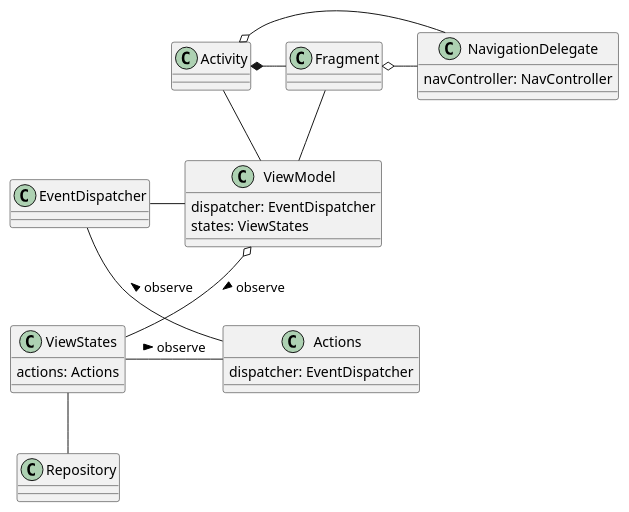
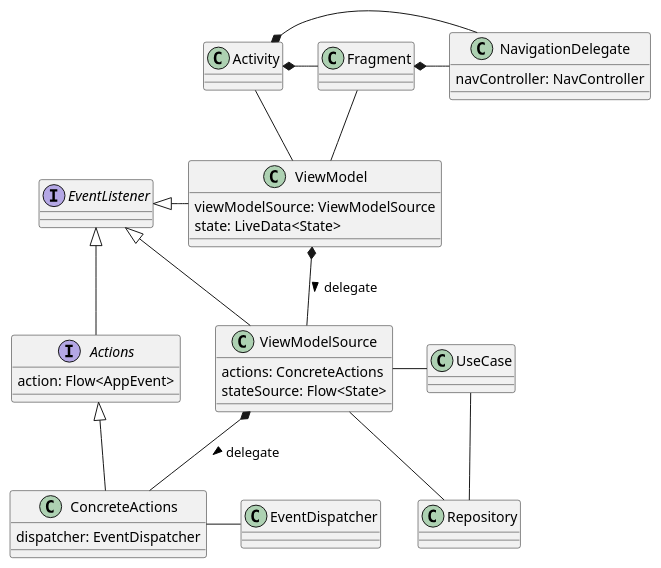
One commit to akihito104/UdonRoad2 changed the diagram in docs/class_overview.puml. Above: the diagram before and after it, drawn with PlantUML.

Commit message:
updated class overview diagram

```diff
--- a/docs/class_overview.puml
+++ b/docs/class_overview.puml
@@ -1,36 +1,47 @@
 @startuml
 
 class Activity
 class Fragment
 class ViewModel {
-  dispatcher: EventDispatcher
-  states: ViewStates
+  viewModelSource: ViewModelSource
+  state: LiveData<State>
 }
 
-class EventDispatcher 
-class Actions {
+class EventDispatcher
+interface EventListener
+interface Actions {
+  action: Flow<AppEvent>
+}
+class ConcreteActions {
   dispatcher: EventDispatcher
 }
-class ViewStates {
-  actions: Actions
+class ViewModelSource {
+  actions: ConcreteActions
+  stateSource: Flow<State>
 }
 class NavigationDelegate {
   navController: NavController
 }
 
 Activity *- Fragment
 Activity -- ViewModel
-Activity o- NavigationDelegate
+Activity *- NavigationDelegate
 
 Fragment -- ViewModel
-Fragment o- NavigationDelegate
+Fragment *- NavigationDelegate
 
-EventDispatcher - ViewModel
-EventDispatcher -- Actions : < observe
+ViewModel *-- ViewModelSource : > delegate
 
-ViewModel o-- ViewStates : > observe
+EventListener <|- ViewModel
+EventListener <|-- Actions
+EventListener <|-- ViewModelSource
 
-ViewStates - Actions : > observe
-'ViewStates *-- NavigationDelegate
-ViewStates -- Repository
+Actions <|-- ConcreteActions
+ConcreteActions - EventDispatcher
+
+ViewModelSource *- ConcreteActions : > delegate
+ViewModelSource - UseCase
+ViewModelSource - Repository
+
+UseCase -- Repository
 @enduml
```
